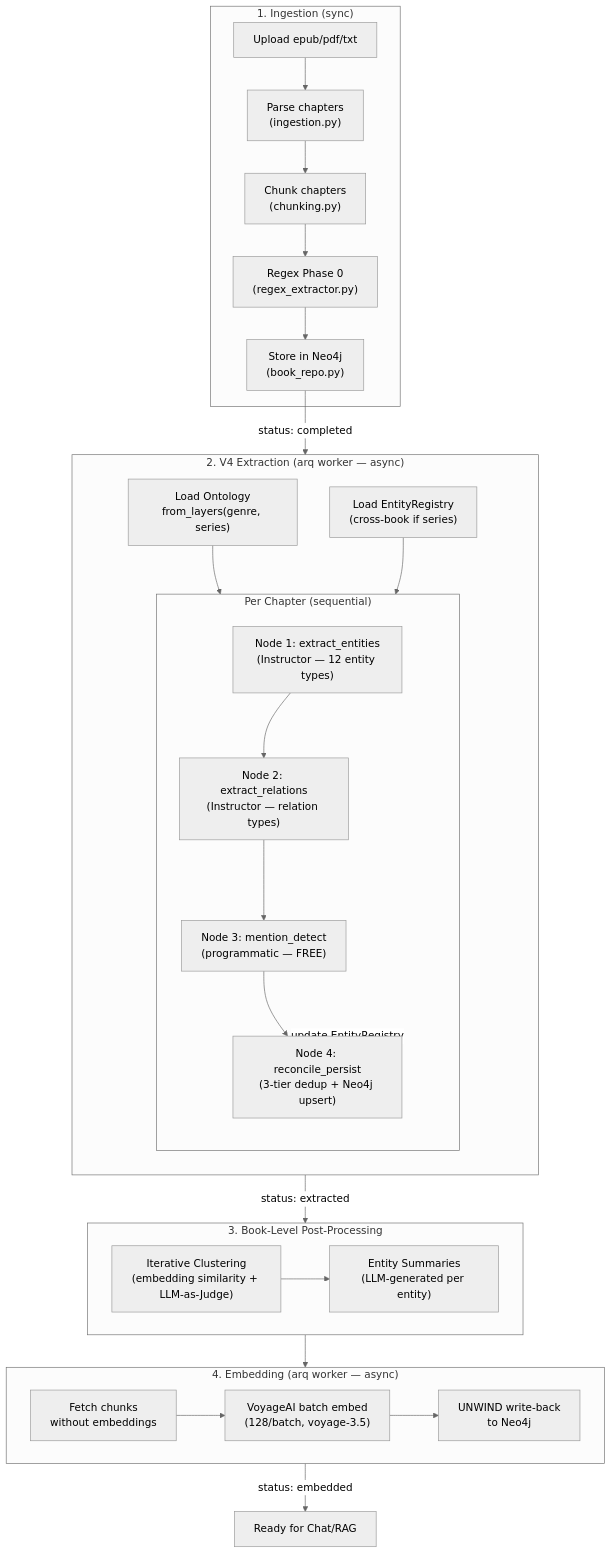
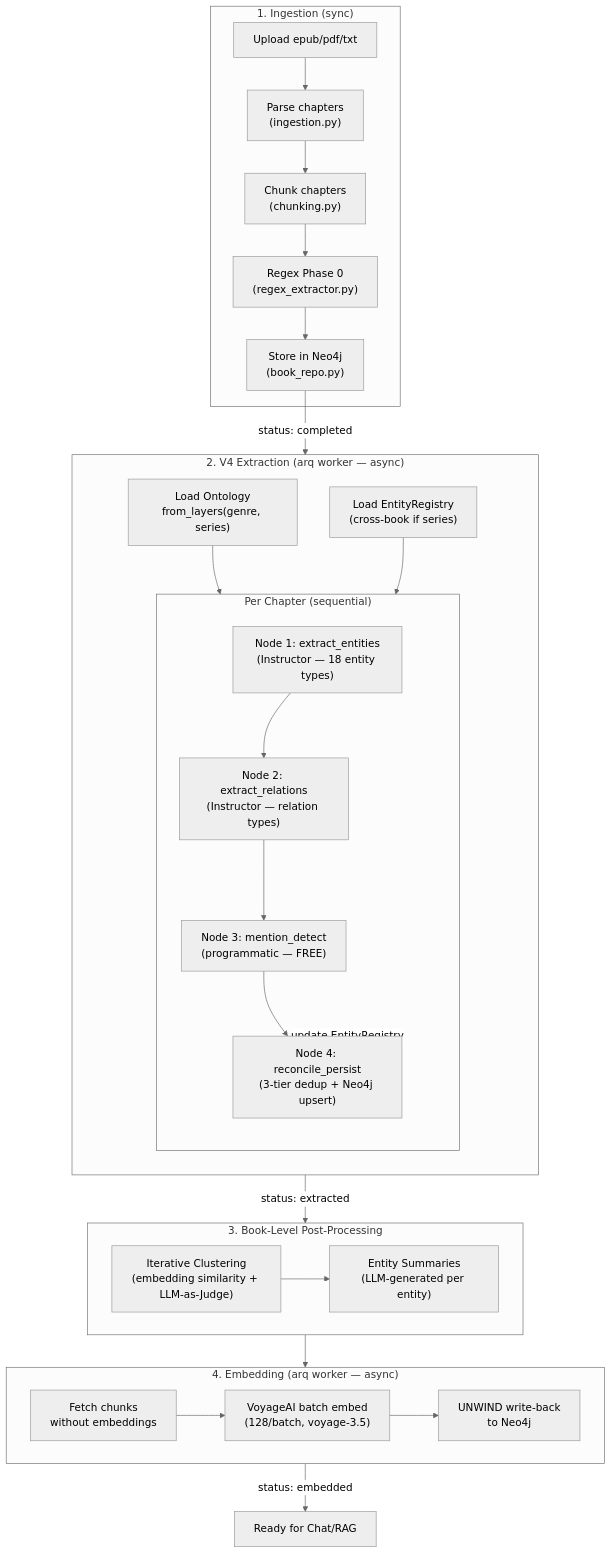
Before and after one commit to xairon/WorldRAG: the first of 8 diagrams in docs/extraction-pipeline.md, drawn with Mermaid (neutral theme). The commit also changed other lines of this file and 9 other files, not shown here.

````diff
--- a/docs/extraction-pipeline.md
+++ b/docs/extraction-pipeline.md
@@ -59,48 +59,48 @@
 ```mermaid
 flowchart TB
     subgraph Ingestion["1. Ingestion (sync)"]
         Upload["Upload epub/pdf/txt"]
         Parse["Parse chapters<br/>(ingestion.py)"]
         Chunk["Chunk chapters<br/>(chunking.py)"]
         Regex0["Regex Phase 0<br/>(regex_extractor.py)"]
         Store["Store in Neo4j<br/>(book_repo.py)"]
         Upload --> Parse --> Chunk --> Regex0 --> Store
     end
 
     subgraph Extraction["2. V4 Extraction (arq worker — async)"]
         direction TB
         LoadOntology["Load Ontology<br/>from_layers(genre, series)"]
         LoadRegistry["Load EntityRegistry<br/>(cross-book if series)"]
 
         subgraph PerChapter["Per Chapter (sequential)"]
             direction TB
-            Node1["Node 1: extract_entities<br/>(Instructor — 12 entity types)"]
+            Node1["Node 1: extract_entities<br/>(Instructor — 18 entity types)"]
             Node2["Node 2: extract_relations<br/>(Instructor — relation types)"]
             Node3["Node 3: mention_detect<br/>(programmatic — FREE)"]
             Node4["Node 4: reconcile_persist<br/>(3-tier dedup + Neo4j upsert)"]
             Node1 --> Node2 --> Node3 --> Node4
         end
 
         LoadOntology --> PerChapter
         LoadRegistry --> PerChapter
         Node4 -->|"update EntityRegistry"| PerChapter
     end
 
     subgraph PostProcess["3. Book-Level Post-Processing"]
         Cluster["Iterative Clustering<br/>(embedding similarity + LLM-as-Judge)"]
         Summaries["Entity Summaries<br/>(LLM-generated per entity)"]
         Cluster --> Summaries
     end
 
     subgraph Embedding["4. Embedding (arq worker — async)"]
         FetchChunks["Fetch chunks<br/>without embeddings"]
         VoyageBatch["VoyageAI batch embed<br/>(128/batch, voyage-3.5)"]
         WriteBack["UNWIND write-back<br/>to Neo4j"]
         FetchChunks --> VoyageBatch --> WriteBack
     end
 
     Store -->|"status: completed"| Extraction
     Extraction -->|"status: extracted"| PostProcess
     PostProcess --> Embedding
     Embedding -->|"status: embedded"| Done["Ready for Chat/RAG"]
 ```
````
